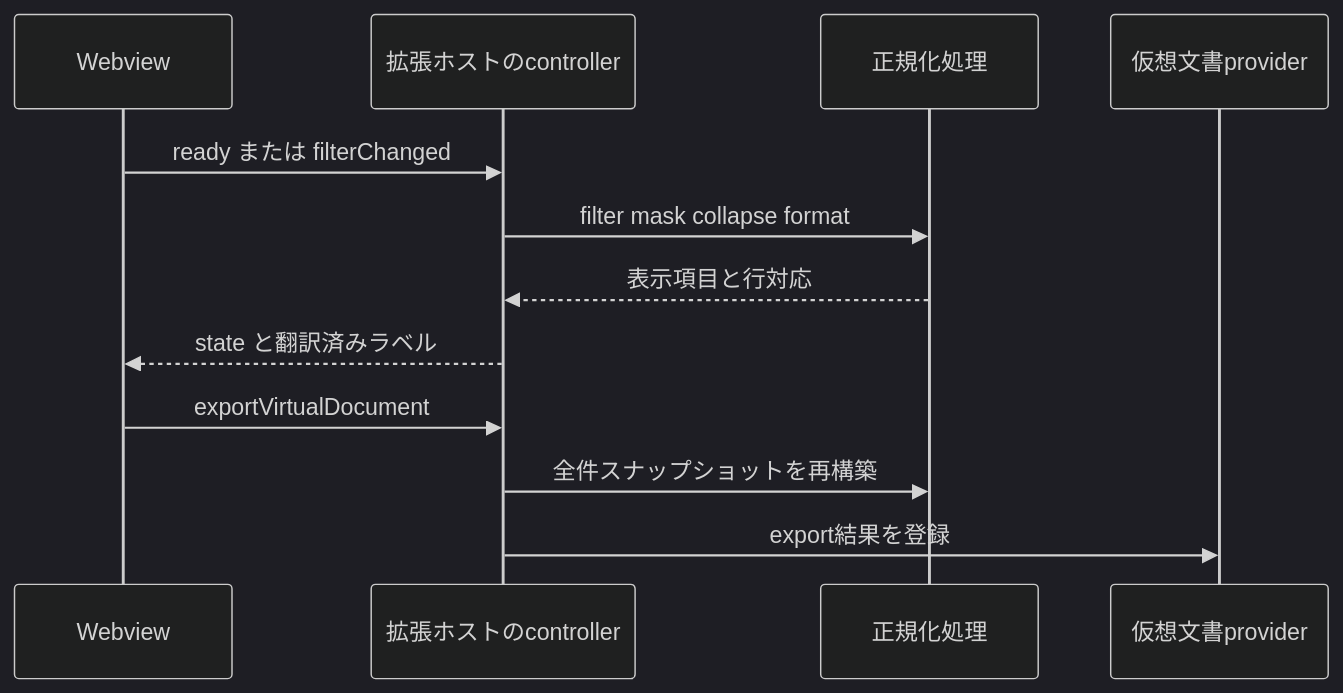
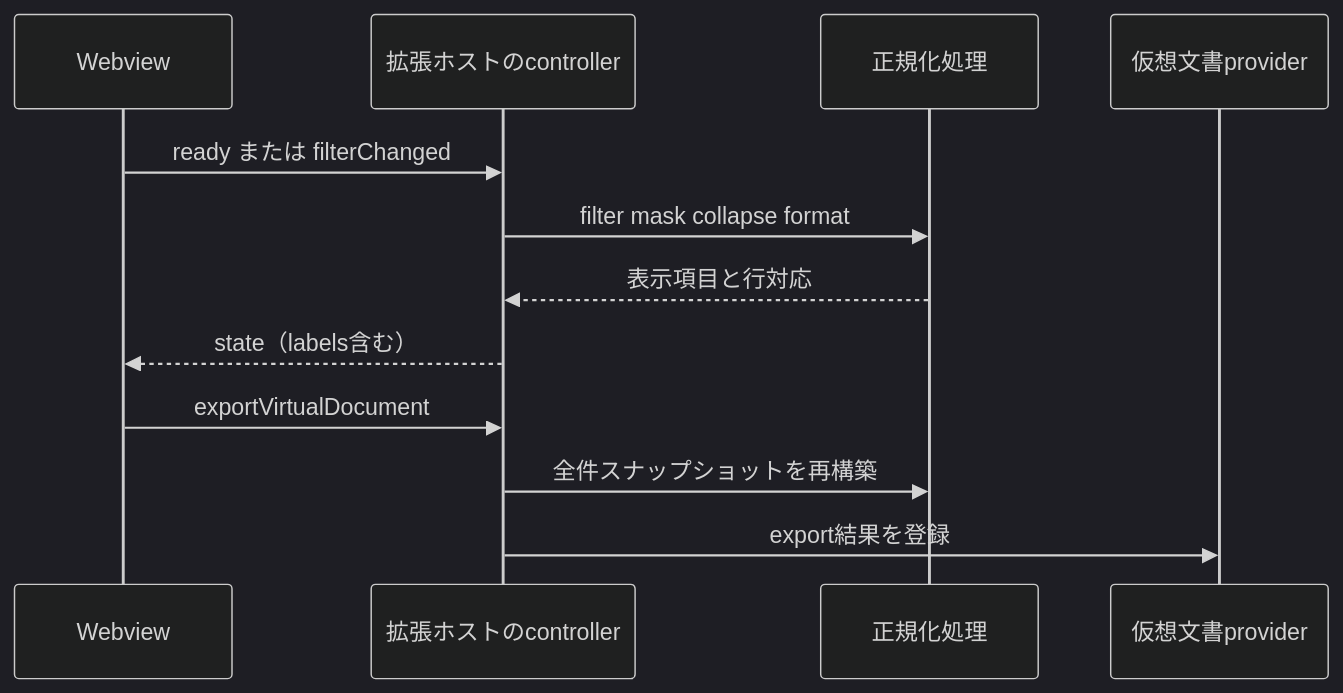
One commit to upu/Totonoe-Log changed the second of 2 diagrams in openwiki/architecture/overview.md. Above: the diagram before and after it, drawn with Mermaid (dark theme).

Commit message:
docs: state.labels の図示を明確にする

````diff
--- a/openwiki/architecture/overview.md
+++ b/openwiki/architecture/overview.md
@@ -64,14 +64,14 @@
 ```mermaid
 sequenceDiagram
   participant WV as Webview
   participant CT as 拡張ホストのcontroller
   participant NM as 正規化処理
   participant VP as 仮想文書provider
   WV->>CT: ready または filterChanged
   CT->>NM: filter mask collapse format
   NM-->>CT: 表示項目と行対応
-  CT-->>WV: state と翻訳済みラベル
+  CT-->>WV: state（labels含む）
   WV->>CT: exportVirtualDocument
   CT->>NM: 全件スナップショットを再構築
   CT->>VP: export結果を登録
 ```
````
